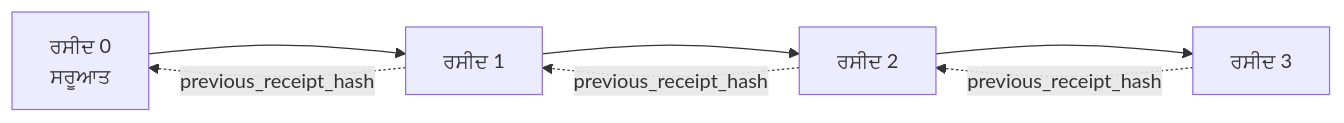
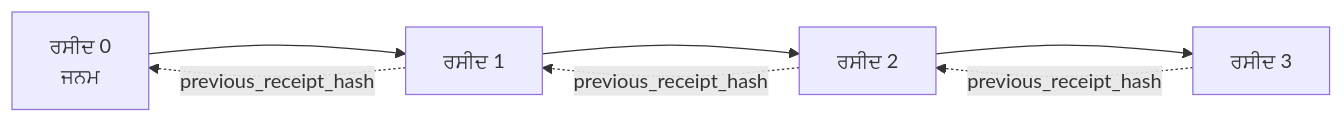
Before and after one commit to microsoft/ai-agents-for-beginners: the second of 2 diagrams in translations/pa/18-securing-ai-agents/README.md, drawn with Mermaid. The commit also changed other lines of this file and 46 other files, not shown here.

````diff
--- a/translations/pa/18-securing-ai-agents/README.md
+++ b/translations/pa/18-securing-ai-agents/README.md
@@ -206,9 +203,9 @@
 ```mermaid
 flowchart LR
-    R0[ਰਸੀਦ 0<br/>ਸਰੂਆਤ] --> R1[ਰਸੀਦ 1]
+    R0[ਰਸੀਦ 0<br/>ਜਨਮ] --> R1[ਰਸੀਦ 1]
     R1 --> R2[ਰਸੀਦ 2]
     R2 --> R3[ਰਸੀਦ 3]
     R1 -. previous_receipt_hash .-> R0
     R2 -. previous_receipt_hash .-> R1
     R3 -. previous_receipt_hash .-> R2
 ```
````
